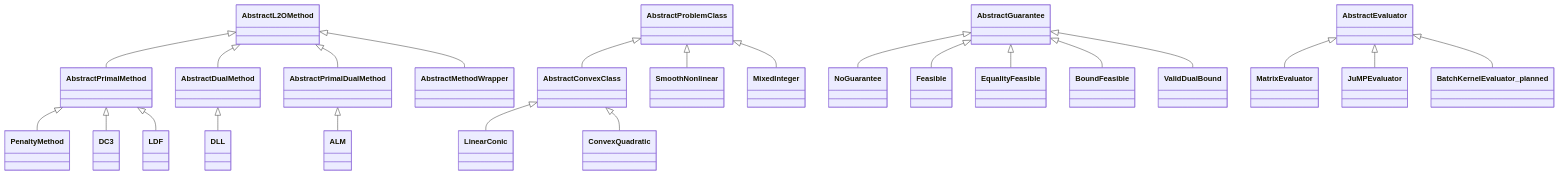
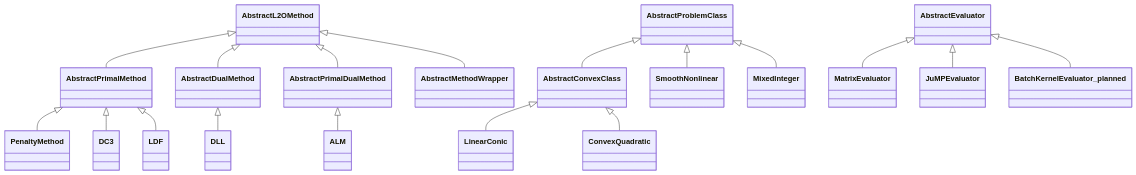
One commit to LearningToOptimize/LearningToOptimize.jl changed the second of 5 diagrams in docs/src/design.md. Above: the diagram before and after it, drawn with Mermaid. The commit also changed other lines of this file and 5 other files, not shown here.

````diff
--- a/docs/src/design.md
+++ b/docs/src/design.md
@@ -73,37 +74,30 @@
 ```mermaid
 classDiagram
     class AbstractL2OMethod
     class AbstractPrimalMethod
     class AbstractDualMethod
     class AbstractPrimalDualMethod
     class AbstractMethodWrapper
     AbstractL2OMethod <|-- AbstractPrimalMethod
     AbstractL2OMethod <|-- AbstractDualMethod
     AbstractL2OMethod <|-- AbstractPrimalDualMethod
     AbstractL2OMethod <|-- AbstractMethodWrapper
     AbstractPrimalMethod <|-- PenaltyMethod
     AbstractPrimalMethod <|-- DC3
     AbstractPrimalMethod <|-- LDF
     AbstractDualMethod <|-- DLL
     AbstractPrimalDualMethod <|-- ALM
 
     class AbstractProblemClass
     class AbstractConvexClass
     AbstractProblemClass <|-- AbstractConvexClass
     AbstractConvexClass <|-- LinearConic
     AbstractConvexClass <|-- ConvexQuadratic
     AbstractProblemClass <|-- SmoothNonlinear
     AbstractProblemClass <|-- MixedInteger
 
-    class AbstractGuarantee
-    AbstractGuarantee <|-- NoGuarantee
-    AbstractGuarantee <|-- Feasible
-    AbstractGuarantee <|-- EqualityFeasible
-    AbstractGuarantee <|-- BoundFeasible
-    AbstractGuarantee <|-- ValidDualBound
-
     class AbstractEvaluator
     AbstractEvaluator <|-- MatrixEvaluator
     AbstractEvaluator <|-- JuMPEvaluator
     AbstractEvaluator <|-- BatchKernelEvaluator_planned
 ```
````
